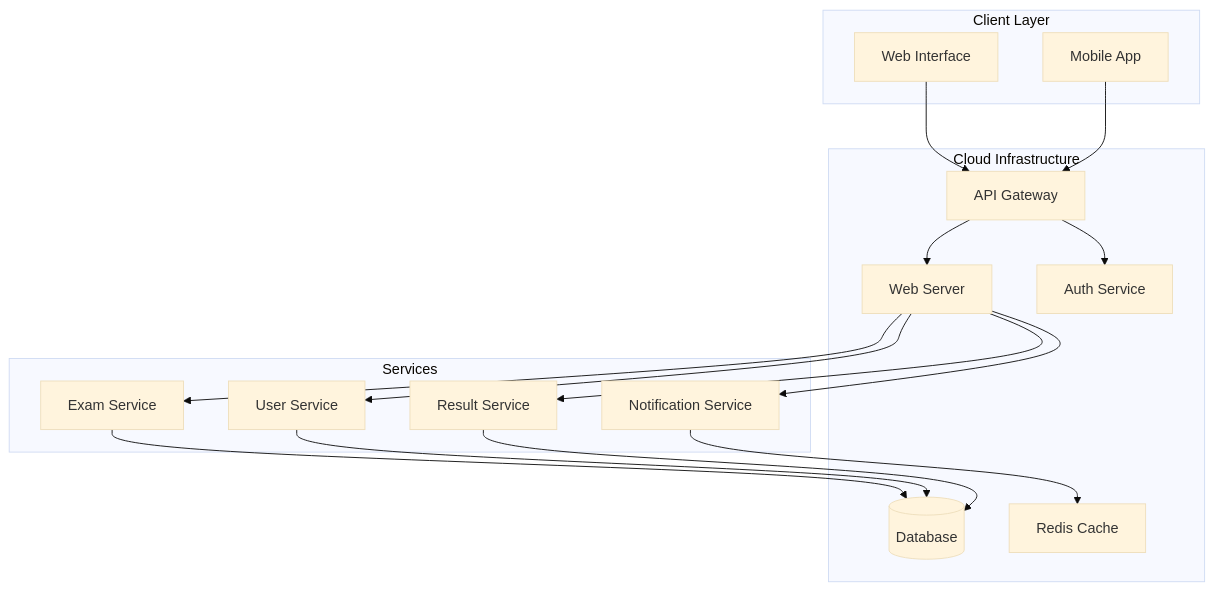
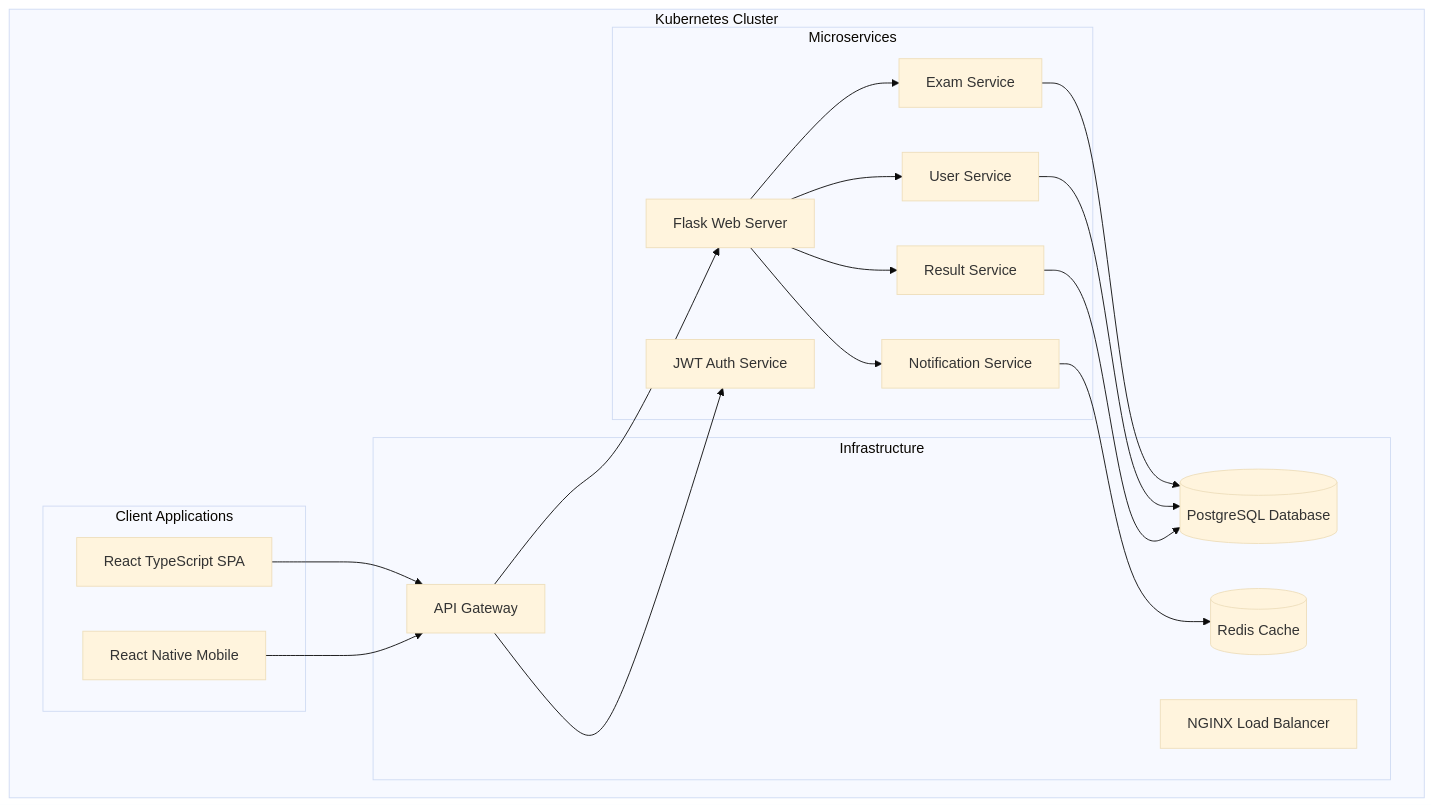
One commit to r04nx/obsidian changed the first of 6 diagrams in tmp/diagrams.md. Above: the diagram before and after it, drawn with Mermaid (base theme). The commit also changed other lines of this file, not shown here.

````diff
--- a/tmp/diagrams.md
+++ b/tmp/diagrams.md
@@ -5,35 +9,38 @@
 ```mermaid
 graph TB
-    subgraph Cloud Infrastructure
-        API[API Gateway]
-        WS[Web Server]
-        DB[(Database)]
-        AUTH[Auth Service]
-        CACHE[Redis Cache]
-    end
-    
-    subgraph Client Layer
-        WEB[Web Interface]
-        MOB[Mobile App]
-    end
-    
-    subgraph Services
-        EXAM[Exam Service]
-        USER[User Service]
-        RESULT[Result Service]
-        NOTIFY[Notification Service]
+    subgraph Kubernetes Cluster
+        subgraph Infrastructure
+            LB[NGINX Load Balancer]
+            API[API Gateway]
+            CACHE[(Redis Cache)]
+            DB[(PostgreSQL Database)]
+        end
+        
+        subgraph Client Applications
+            WEB[React TypeScript SPA]
+            MOB[React Native Mobile]
+        end
+        
+        subgraph Microservices
+            WS[Flask Web Server]
+            AUTH[JWT Auth Service]
+            EXAM[Exam Service]
+            USER[User Service]
+            RESULT[Result Service]
+            NOTIFY[Notification Service]
+        end
     end
     
     WEB --> API
     MOB --> API
     API --> AUTH
     API --> WS
     WS --> EXAM
     WS --> USER
     WS --> RESULT
     WS --> NOTIFY
     EXAM --> DB
     USER --> DB
     RESULT --> DB
     NOTIFY --> CACHE
 ```
````
